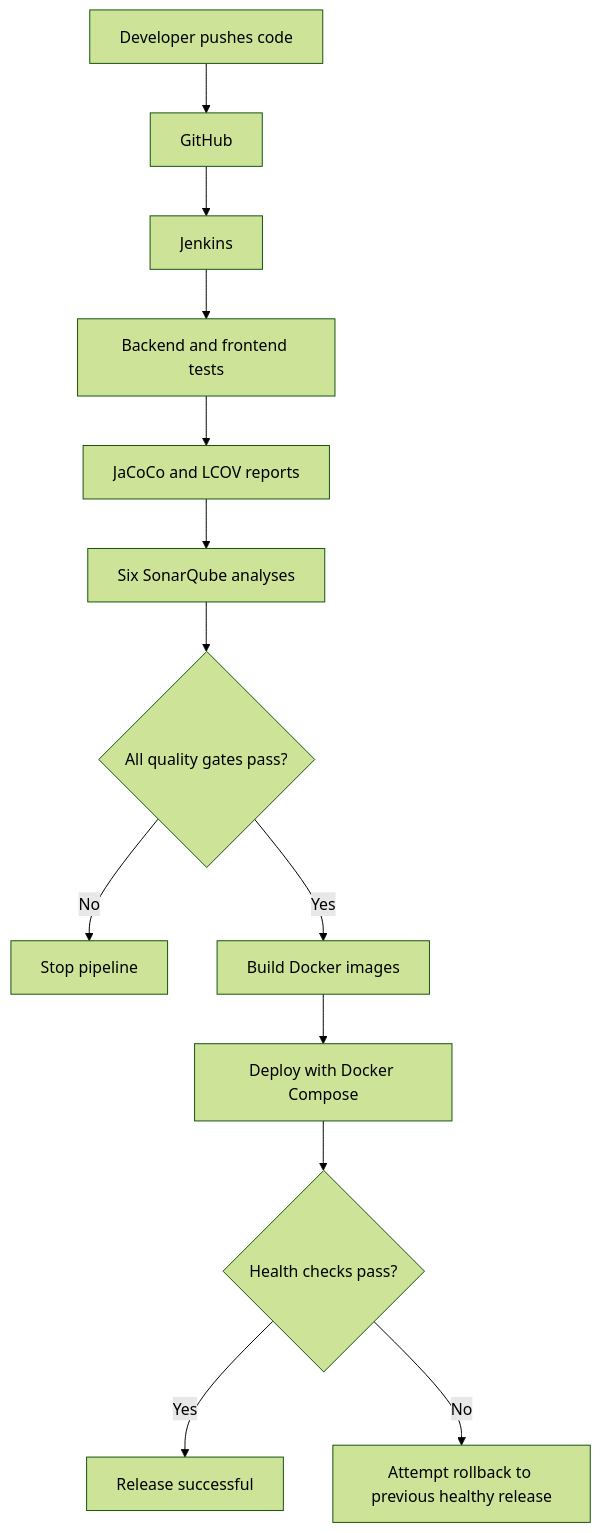
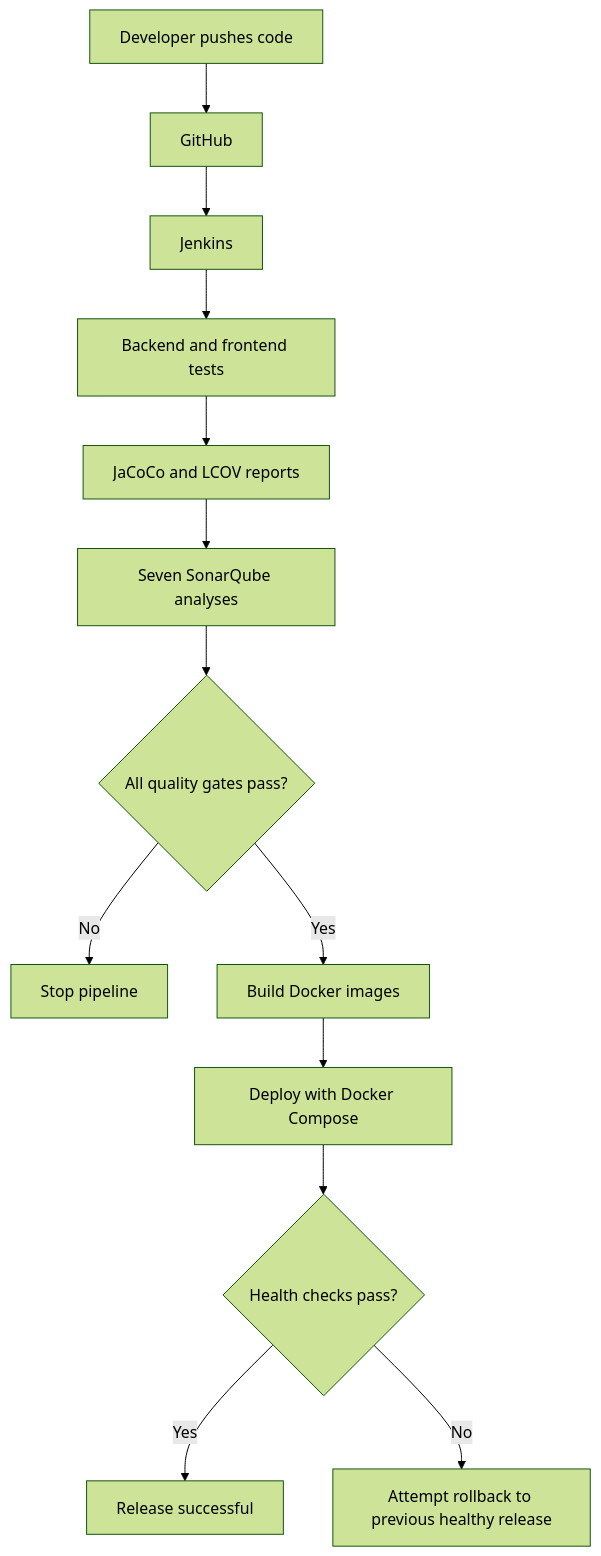
One commit to Abdelilah-99/nexus changed the second of 2 diagrams in README.md. Above: the diagram before and after it, drawn with Mermaid (forest theme). The commit also changed other lines of this file and 21 other files, not shown here.

````diff
--- a/README.md
+++ b/README.md
@@ -23,15 +71,15 @@
 ```mermaid
 flowchart TD
     Developer[Developer pushes code] --> GitHub
     GitHub --> Jenkins
     Jenkins --> Tests[Backend and frontend tests]
     Tests --> Reports[JaCoCo and LCOV reports]
-    Reports --> Sonar[Six SonarQube analyses]
+    Reports --> Sonar[Seven SonarQube analyses]
     Sonar --> Gates{All quality gates pass?}
     Gates -->|No| Stop[Stop pipeline]
     Gates -->|Yes| Build[Build Docker images]
     Build --> Deploy[Deploy with Docker Compose]
     Deploy --> Health{Health checks pass?}
     Health -->|Yes| Success[Release successful]
     Health -->|No| Rollback[Attempt rollback to previous healthy release]
 ```
````
